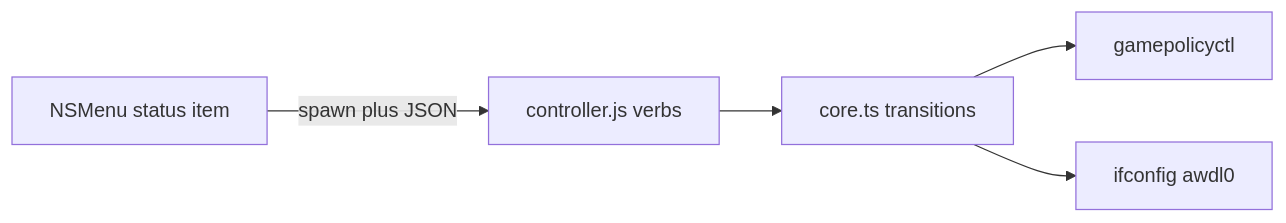
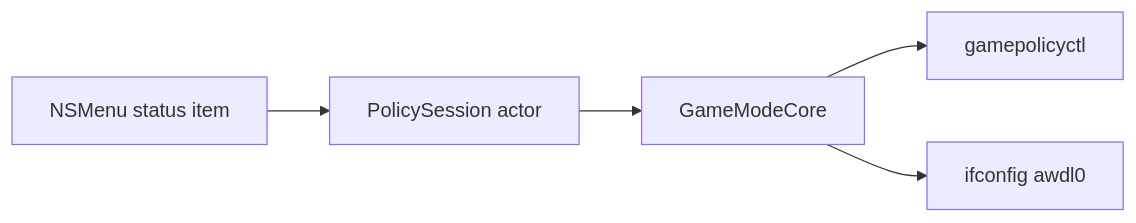
One commit to KyTiXo/gamemode-bar changed the diagram in AGENTS.md. Above: the diagram before and after it, drawn with Mermaid. The commit also changed other lines of this file and 45 other files, not shown here.

````diff
--- a/AGENTS.md
+++ b/AGENTS.md
@@ -102,12 +89,12 @@
 ```mermaid
 flowchart LR
   menu[NSMenu status item]
-  controller[controller.js verbs]
-  core[core.ts transitions]
+  session[PolicySession actor]
+  core[GameModeCore]
   gamepolicy[gamepolicyctl]
   awdl[ifconfig awdl0]
-  menu -->|spawn plus JSON| controller
-  controller --> core
+  menu --> session
+  session --> core
   core --> gamepolicy
   core --> awdl
 ```
````
